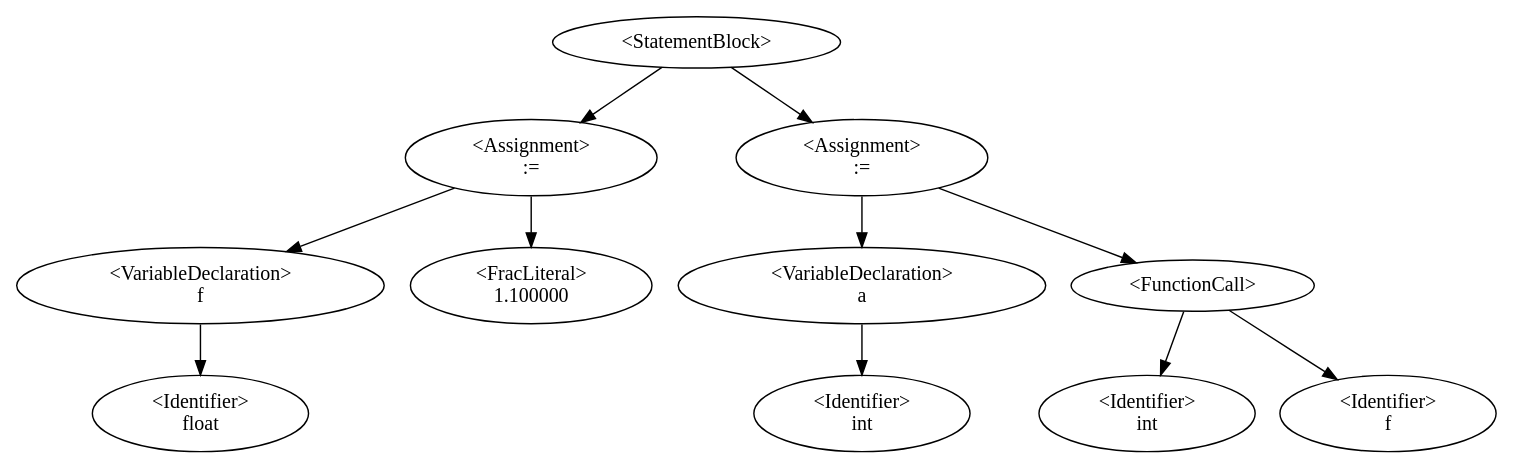
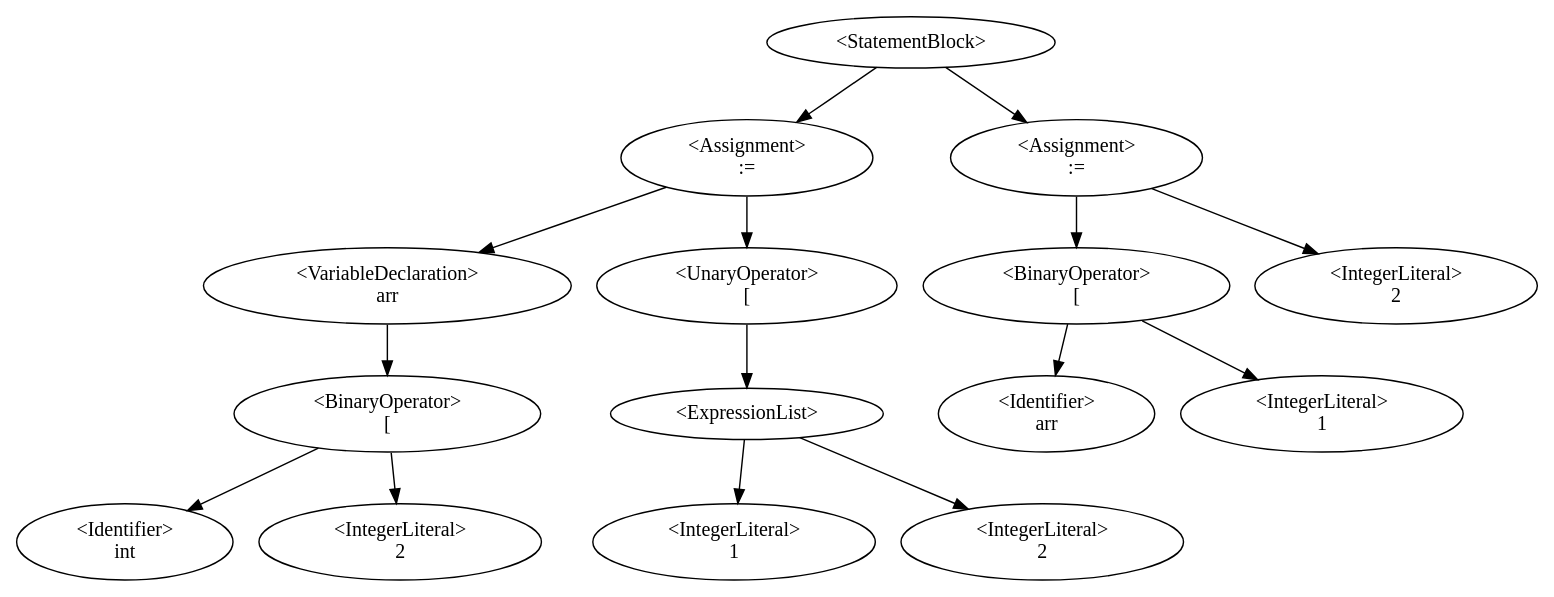
One commit to QazmoQwerty/dino changed the diagram in Dino/Dino/AstDisplay.gv. Above: the diagram before and after it, drawn with Graphviz. The commit also changed 8 other files, not shown here.

```diff
--- a/Dino/Dino/AstDisplay.gv
+++ b/Dino/Dino/AstDisplay.gv
@@ -1,13 +1,17 @@
 digraph G {
-0 [label="<StatementBlock>"];0->3;0->7;
-3 [label="<Assignment>\n:="];3->2;3->4;
-2 [label="<VariableDeclaration>\nf"];2->1;
-1 [label="<Identifier>\nfloat"];
-4 [label="<FracLiteral>\n1.100000"];
-7 [label="<Assignment>\n:="];7->6;7->9;
-6 [label="<VariableDeclaration>\na"];6->5;
-5 [label="<Identifier>\nint"];
-9 [label="<FunctionCall>\n"];9->8;9->10;
-8 [label="<Identifier>\nint"];
-10 [label="<Identifier>\nf"];
+0 [label="<StatementBlock>"];0->5;0->13;
+5 [label="<Assignment>\n:="];5->4;5->6;
+4 [label="<VariableDeclaration>\narr"];4->2;
+2 [label="<BinaryOperator>\n["];2->1;2->3;
+1 [label="<Identifier>\nint"];
+3 [label="<IntegerLiteral>\n2"];
+6 [label="<UnaryOperator>\n["];6->8;
+8 [label="<ExpressionList>"];8->7;8->9;
+7 [label="<IntegerLiteral>\n1"];
+9 [label="<IntegerLiteral>\n2"];
+13 [label="<Assignment>\n:="];13->11;13->14;
+11 [label="<BinaryOperator>\n["];11->10;11->12;
+10 [label="<Identifier>\narr"];
+12 [label="<IntegerLiteral>\n1"];
+14 [label="<IntegerLiteral>\n2"];
 }
```
